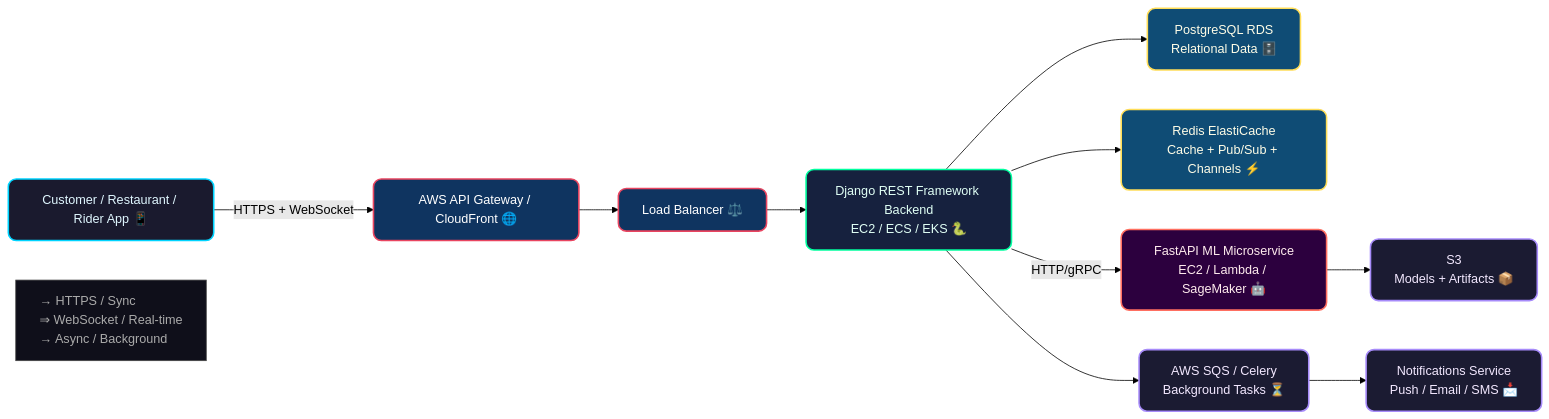
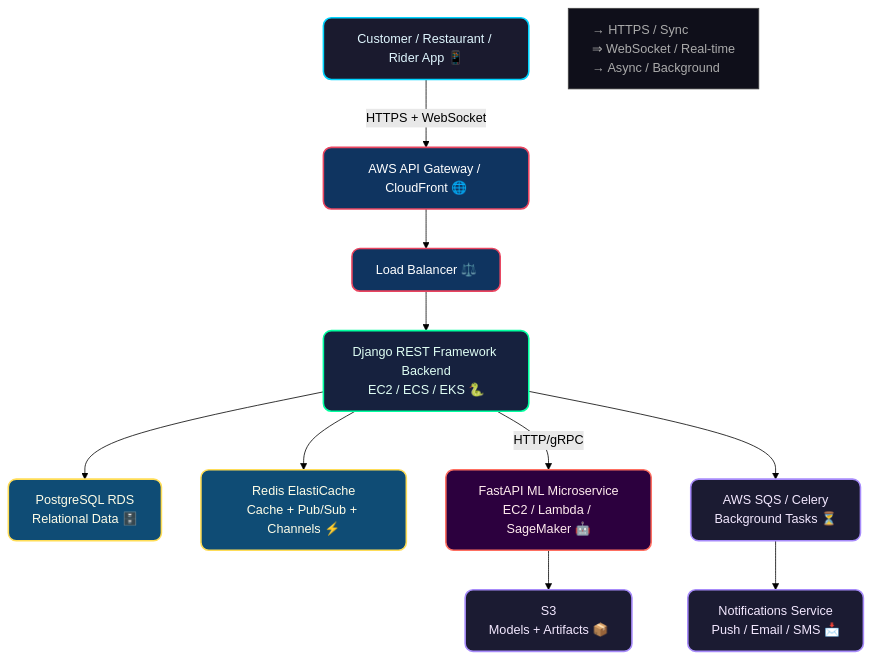
Before and after one commit to Biradarmahadev/AI-Powered-Food-Delivery-Backend-Platform-: the diagram in README.md, drawn with Mermaid (forest theme).

````diff
--- a/README.md
+++ b/README.md
@@ -70,31 +70,30 @@
 ```mermaid
-graph LR
+graph TB
     %% Modern styling
     classDef app fill:#1a1a2e,stroke:#00d4ff,stroke-width:2px,color:#e0f7ff,rx:10px
     classDef gateway fill:#0f3460,stroke:#e94560,stroke-width:2px,color:#fff,rx:10px
     classDef backend fill:#16213e,stroke:#00ff9f,stroke-width:2px,color:#e0fff5,rx:10px
     classDef db fill:#0f4c75,stroke:#ffdd57,stroke-width:2px,color:#fffde7,rx:10px
     classDef ml fill:#2c003e,stroke:#ff6f61,stroke-width:2px,color:#ffebee,rx:10px
     classDef infra fill:#1b1b32,stroke:#a78bfa,stroke-width:2px,color:#f3e8ff,rx:10px
 
     %% Flow
     A[Customer / Restaurant / Rider App 📱]:::app -->|HTTPS + WebSocket| B[AWS API Gateway / CloudFront 🌐]:::gateway
-
     B --> C[Load Balancer ⚖️]:::gateway
     C --> D[Django REST Framework Backend<br>EC2 / ECS / EKS 🐍]:::backend
 
     D --> E[PostgreSQL RDS<br>Relational Data 🗄️]:::db
     D --> F[Redis ElastiCache<br>Cache + Pub/Sub + Channels ⚡]:::db
 
     D -->|HTTP/gRPC| G[FastAPI ML Microservice<br>EC2 / Lambda / SageMaker 🤖]:::ml
     G --> H[S3<br>Models + Artifacts 📦]:::infra
 
     D --> I[AWS SQS / Celery<br>Background Tasks ⏳]:::infra
     I --> J[Notifications Service<br>Push / Email / SMS 📩]:::infra
 
-    %% Styling for legend
+    %% Legend
     classDef legend fill:#0f0f1a,stroke:#444,stroke-width:1px,color:#aaa
     Legend[→ HTTPS / Sync<br>⇒ WebSocket / Real-time<br>→ Async / Background]:::legend
 
     style Legend text-align:left
 ```
````
